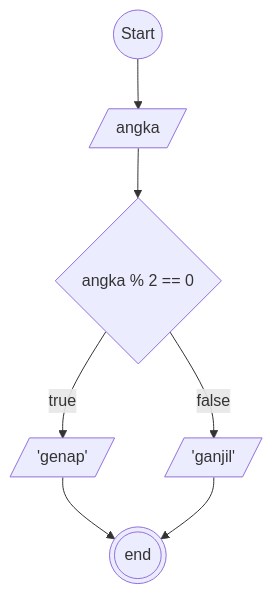
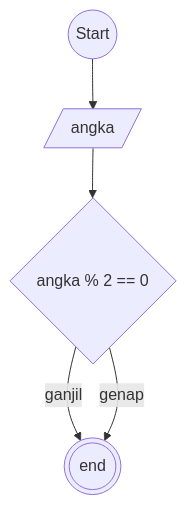
Before and after one commit to fatawaimamalmuftin/koda-b8-Algoritma: the diagram in ganjilGenap.md, drawn with Mermaid. The commit also changed other lines of this file, not shown here.

````diff
--- a/ganjilGenap.md
+++ b/ganjilGenap.md
@@ -15,19 +14,13 @@
 ```mermaid
 flowchart TD
 
 mulai@{shape: circle, label: "Start"}
 angka@{ shape: lean-r, label: "angka" }
 modulus@{ shape: diamond, label: "angka % 2 == 0" }
-hasilGn@{ shape: lean-r, label: "'genap'" }
-hasilGj@{ shape: lean-r, label: "'ganjil'" }
 selesai@{shape: doublecircle, label: "end"}
 
 mulai-->
 angka-->
-modulus--true-->hasilGn
-modulus--false-->hasilGj
-hasilGn-->selesai
-hasilGj-->selesai
-
-
+modulus--ganjil-->selesai
+modulus--genap-->selesai
 ```
````
